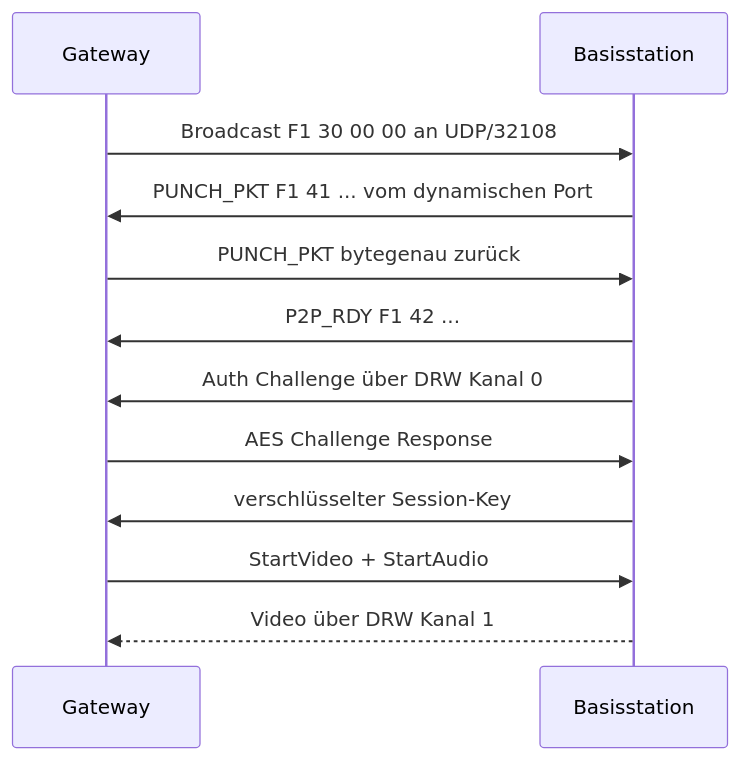
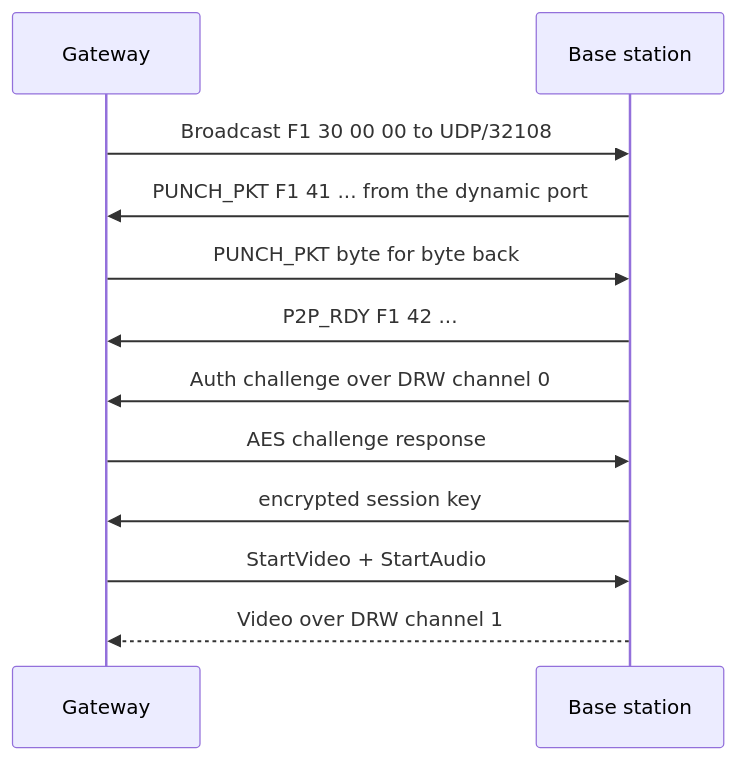
One commit to akaer/akkucam-gateway changed the diagram in specs/protocol.md. Above: the diagram before and after it, drawn with Mermaid. The commit also changed other lines of this file and 52 other files, not shown here.

````diff
--- a/specs/protocol.md
+++ b/specs/protocol.md
@@ -64,14 +67,14 @@
 ```mermaid
 sequenceDiagram
     participant G as Gateway
-    participant H as Basisstation
-    G->>H: Broadcast F1 30 00 00 an UDP/32108
-    H->>G: PUNCH_PKT F1 41 ... vom dynamischen Port
-    G->>H: PUNCH_PKT bytegenau zurück
+    participant H as Base station
+    G->>H: Broadcast F1 30 00 00 to UDP/32108
+    H->>G: PUNCH_PKT F1 41 ... from the dynamic port
+    G->>H: PUNCH_PKT byte for byte back
     H->>G: P2P_RDY F1 42 ...
-    H->>G: Auth Challenge über DRW Kanal 0
-    G->>H: AES Challenge Response
-    H->>G: verschlüsselter Session-Key
+    H->>G: Auth challenge over DRW channel 0
+    G->>H: AES challenge response
+    H->>G: encrypted session key
     G->>H: StartVideo + StartAudio
-    H-->>G: Video über DRW Kanal 1
+    H-->>G: Video over DRW channel 1
 ```
````
